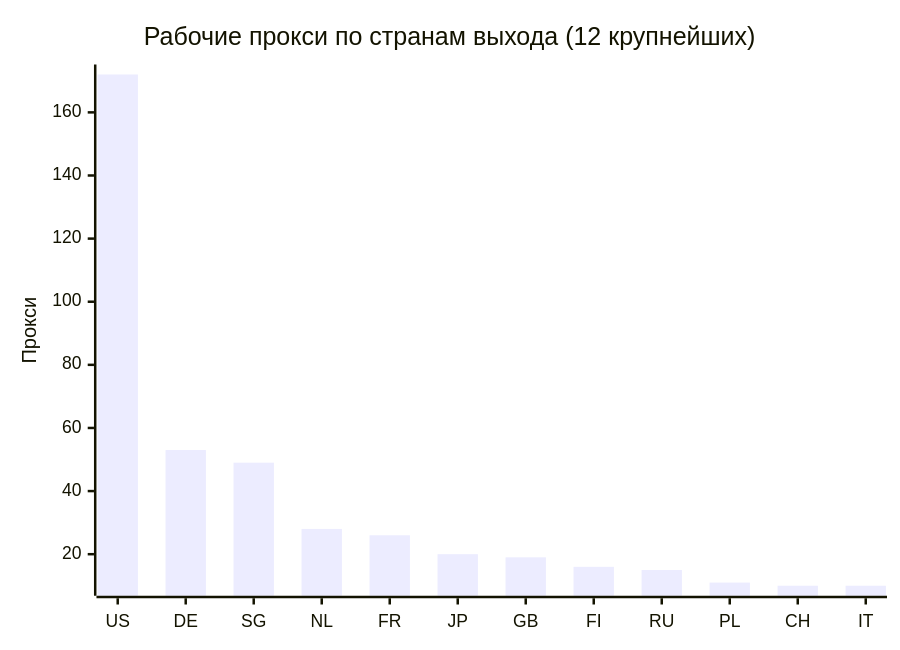
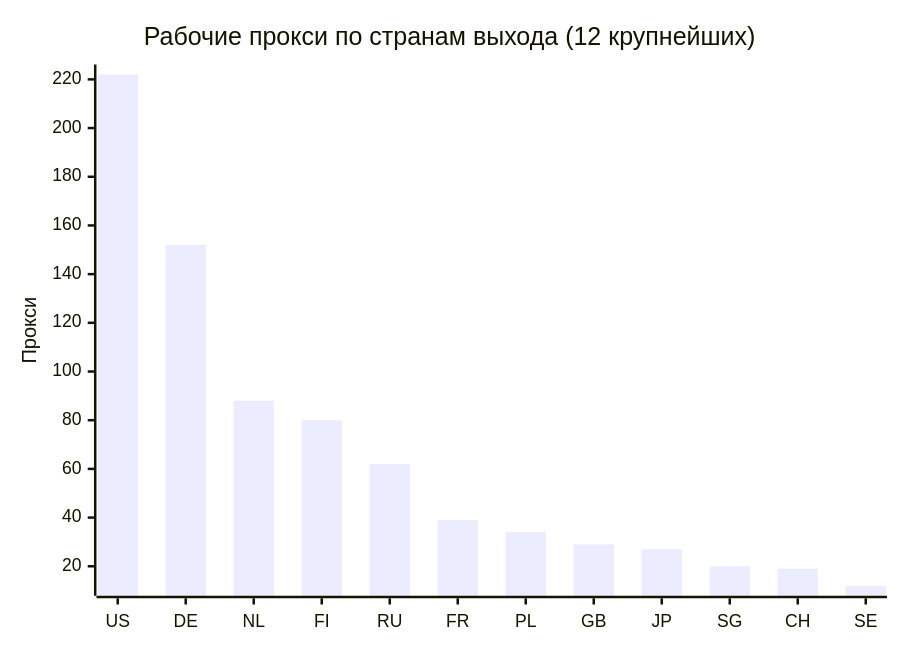
Before and after one commit to rvvg/proxy-subs: the second of 4 diagrams in README.md, drawn with Mermaid. The commit also changed other lines of this file and 52 other files, not shown here.

````diff
--- a/README.md
+++ b/README.md
@@ -123,7 +133,7 @@
 ```mermaid
 xychart-beta
     title "Рабочие прокси по странам выхода (12 крупнейших)"
-    x-axis ["US", "DE", "SG", "NL", "FR", "JP", "GB", "FI", "RU", "PL", "CH", "IT"]
+    x-axis ["US", "DE", "NL", "FI", "RU", "FR", "PL", "GB", "JP", "SG", "CH", "SE"]
     y-axis "Прокси"
-    bar [172, 53, 49, 28, 26, 20, 19, 16, 15, 11, 10, 10]
+    bar [222, 152, 88, 80, 62, 39, 34, 29, 27, 20, 19, 12]
 ```
````
